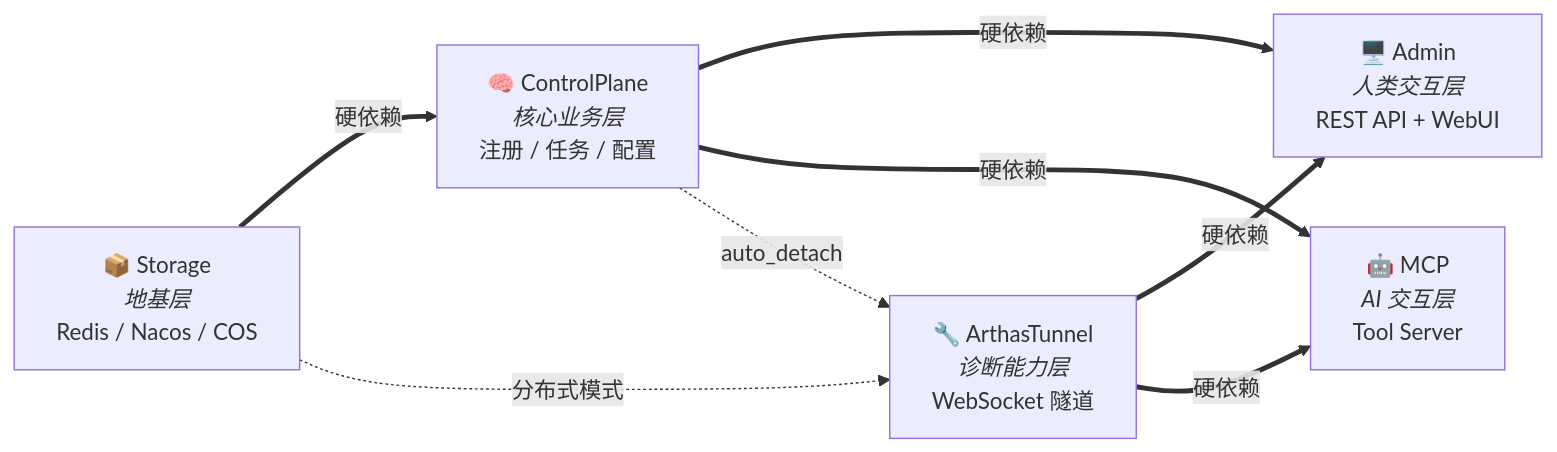
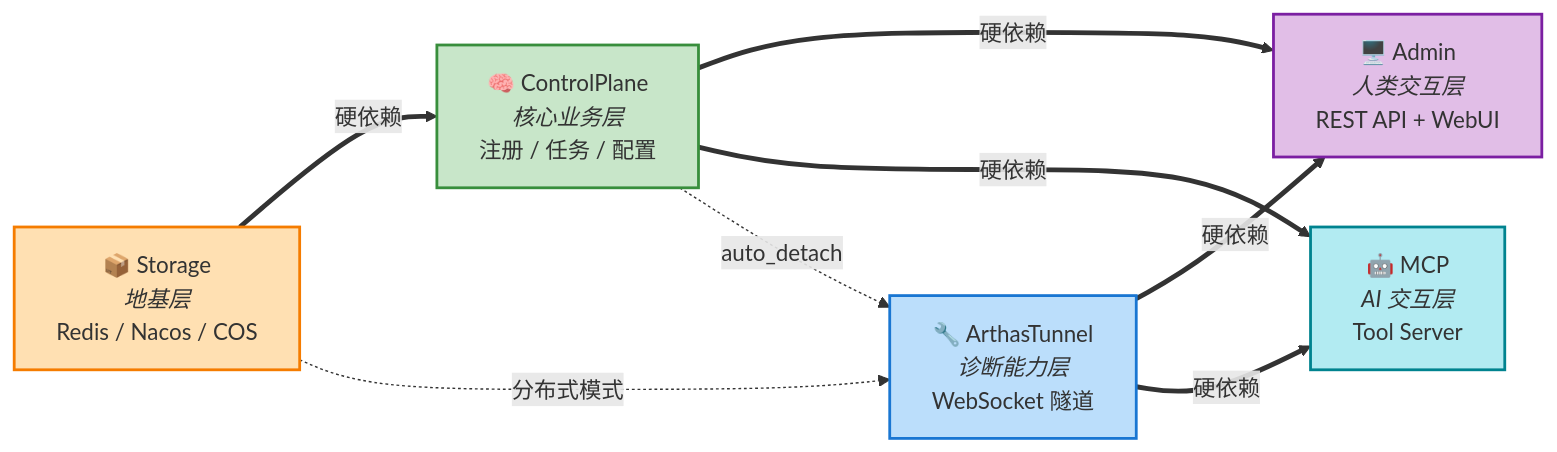
The second of 13 diagrams in README.md (junjiewwang/custom-opentelemetry-collector), drawn with Mermaid before and after one commit. The commit also changed other lines of this file, not shown here.

Commit message:
docs: 添加详细的 README.md 文档，包含架构图、组件详解和快速开始指南

````diff
--- a/README.md
+++ b/README.md
@@ -99,17 +104,22 @@
 ```mermaid
 graph LR
     Storage["📦 Storage<br/><i>地基层</i><br/>Redis / Nacos / COS"]
     CP["🧠 ControlPlane<br/><i>核心业务层</i><br/>注册 / 任务 / 配置"]
     AT["🔧 ArthasTunnel<br/><i>诊断能力层</i><br/>WebSocket 隧道"]
     Admin["🖥️ Admin<br/><i>人类交互层</i><br/>REST API + WebUI"]
     MCP["🤖 MCP<br/><i>AI 交互层</i><br/>Tool Server"]
 
     Storage ==>|"硬依赖"| CP
     Storage -.->|"分布式模式"| AT
     CP ==>|"硬依赖"| Admin
     CP ==>|"硬依赖"| MCP
     AT ==>|"硬依赖"| Admin
     AT ==>|"硬依赖"| MCP
     CP -.->|"auto_detach"| AT
 
+    style Storage fill:#FFE0B2,stroke:#F57C00,stroke-width:2px
+    style CP fill:#C8E6C9,stroke:#388E3C,stroke-width:2px
+    style AT fill:#BBDEFB,stroke:#1976D2,stroke-width:2px
+    style Admin fill:#E1BEE7,stroke:#7B1FA2,stroke-width:2px
+    style MCP fill:#B2EBF2,stroke:#00838F,stroke-width:2px
 ```
````
